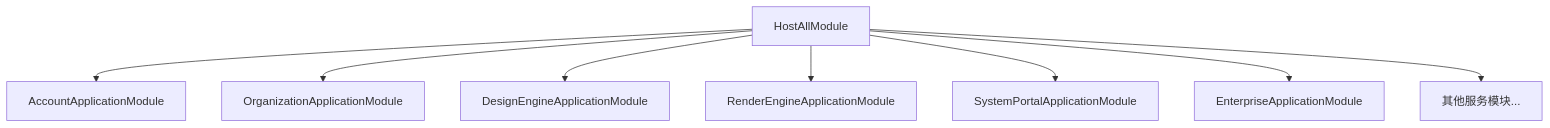
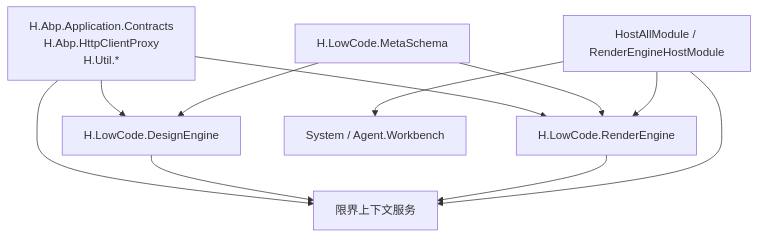
Before and after one commit to openlowcodelab/lowcode: the eighth of 9 diagrams in .qoder/repowiki/zh/content/架构设计/架构设计.md, drawn with Mermaid. The commit also changed other lines of this file and 293 other files, not shown here.

````diff
--- a/.qoder/repowiki/zh/content/架构设计/架构设计.md
+++ b/.qoder/repowiki/zh/content/架构设计/架构设计.md
@@ -302,18 +315,16 @@
 ```mermaid
 graph TB
-HostAll["HostAllModule"]
-AccMod["AccountApplicationModule"]
-OrgMod["OrganizationApplicationModule"]
-DesMod["DesignEngineApplicationModule"]
-RenMod["RenderEngineApplicationModule"]
-SysMod["SystemPortalApplicationModule"]
-EntMod["EnterpriseApplicationModule"]
-OtherMods["其他服务模块..."]
-HostAll --> AccMod
-HostAll --> OrgMod
-HostAll --> DesMod
-HostAll --> RenMod
-HostAll --> SysMod
-HostAll --> EntMod
-HostAll --> OtherMods
+    Utils["H.Abp.Application.Contracts<br/>H.Abp.HttpClientProxy<br/>H.Util.*"] --> Services["限界上下文服务"]
+    Utils --> RenderEngine["RenderEngine"]
+    Utils --> DesignEngine["DesignEngine"]
+
+    MetaSchema["H.LowCode.MetaSchema"] --> DesignEngine
+    MetaSchema --> RenderEngine
+
+    DesignEngine["H.LowCode.DesignEngine"] --> Services
+    RenderEngine["H.LowCode.RenderEngine"] --> Services
+
+    Host["HostAllModule / RenderEngineHostModule"] --> Services
+    Host --> RenderEngine
+    Host --> SystemApps["System / Agent.Workbench"]
 ```
````
